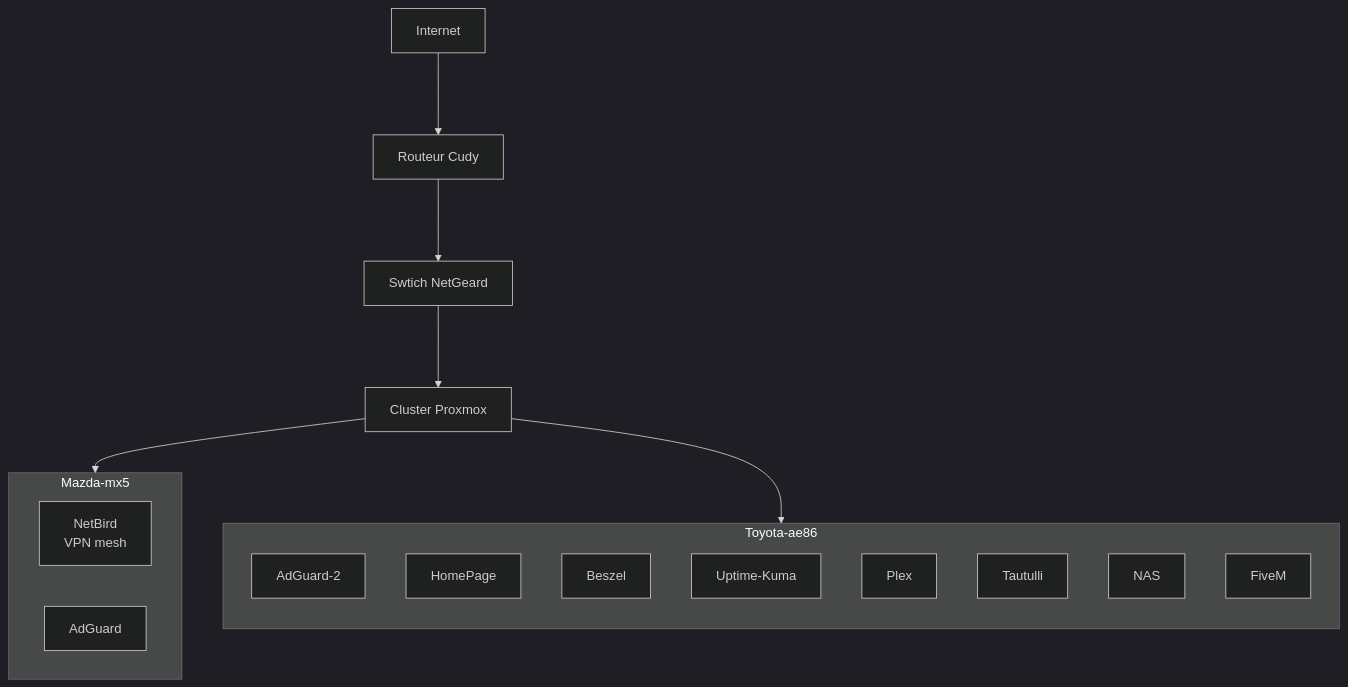
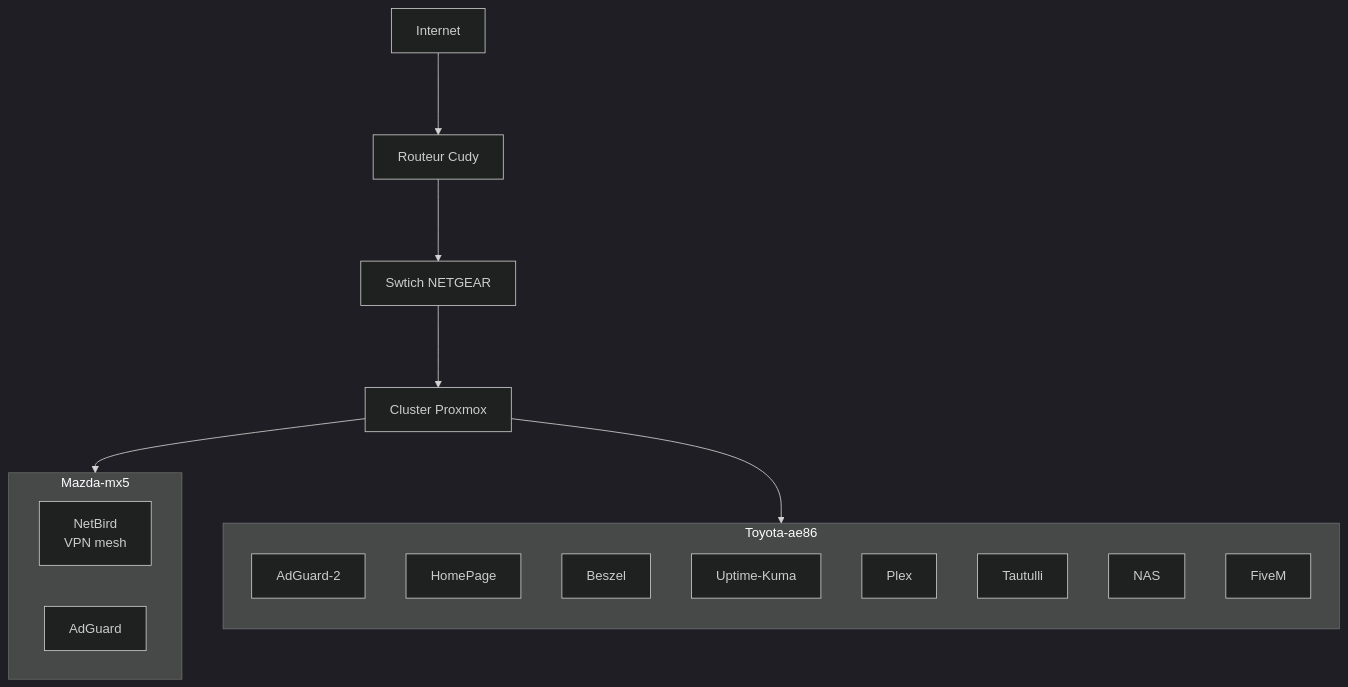
The diagram in README.md (snoyy-i/snoyy-i), drawn with Mermaid (dark theme) before and after one commit.

````diff
--- a/README.md
+++ b/README.md
@@ -2,30 +2,30 @@
 ```mermaid
 graph TD
      A[Internet]
      B[Routeur Cudy]
-     C[Swtich NetGeard]
+     C[Swtich NETGEAR]
      D[Cluster Proxmox]
 
 subgraph Mazda-mx5
      G[NetBird<br/>VPN mesh]
      H[AdGuard]
 end
 
 subgraph Toyota-ae86
      direction TB
      I[AdGuard-2]
      J[HomePage]
      K[Beszel]
      L[Uptime-Kuma]
      M[Plex]
      N[Tautulli]
      O[NAS]
      P[FiveM]
 end
 
      A--->B
      B--->C
      C--->D
      D --> Mazda-mx5
      D --> Toyota-ae86
 ```
````
